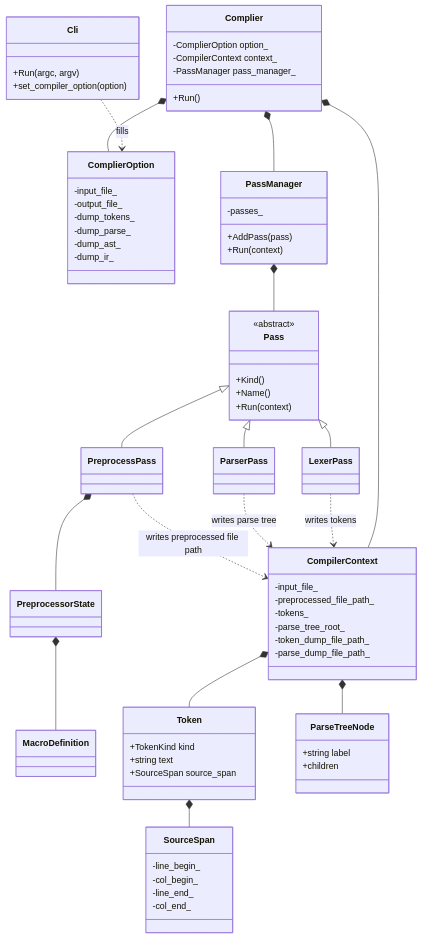
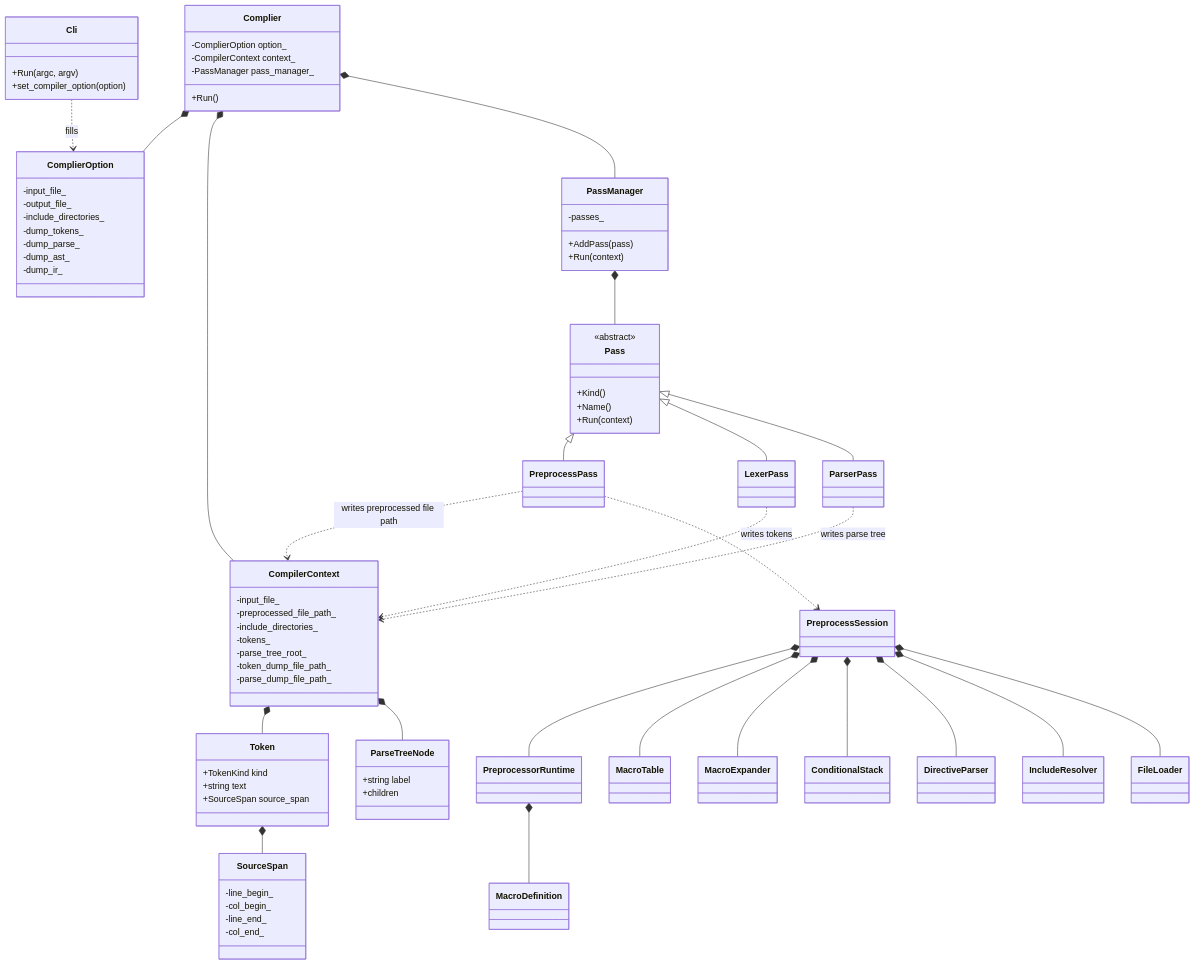
One commit to bbbbbq/SysyCC changed the diagram in doc/modules/class-relationships.md. Above: the diagram before and after it, drawn with Mermaid. The commit also changed other lines of this file and 12 other files, not shown here.

Commit message:
docs: refresh roadmap and developer documentation

```diff
--- a/doc/modules/class-relationships.md
+++ b/doc/modules/class-relationships.md
@@ -24,6 +24,7 @@
     class ComplierOption {
         -input_file_
         -output_file_
+        -include_directories_
         -dump_tokens_
         -dump_parse_
         -dump_ast_
@@ -33,6 +34,7 @@
     class CompilerContext {
         -input_file_
         -preprocessed_file_path_
+        -include_directories_
         -tokens_
         -parse_tree_root_
         -token_dump_file_path_
@@ -61,10 +63,31 @@
     class PreprocessPass {
     }
 
-    class PreprocessorState {
+    class PreprocessSession {
+    }
+
+    class PreprocessorRuntime {
     }
 
     class MacroDefinition {
+    }
+
+    class MacroTable {
+    }
+
+    class MacroExpander {
+    }
+
+    class ConditionalStack {
+    }
+
+    class DirectiveParser {
+    }
+
+    class IncludeResolver {
+    }
+
+    class FileLoader {
     }
 
     class Token {
@@ -96,8 +119,15 @@
     LexerPass ..> CompilerContext : writes tokens
     ParserPass ..> CompilerContext : writes parse tree
     PreprocessPass ..> CompilerContext : writes preprocessed file path
-    PreprocessPass *-- PreprocessorState
-    PreprocessorState *-- MacroDefinition
+    PreprocessPass ..> PreprocessSession
+    PreprocessSession *-- PreprocessorRuntime
+    PreprocessorRuntime *-- MacroDefinition
+    PreprocessSession *-- MacroTable
+    PreprocessSession *-- MacroExpander
+    PreprocessSession *-- ConditionalStack
+    PreprocessSession *-- DirectiveParser
+    PreprocessSession *-- IncludeResolver
+    PreprocessSession *-- FileLoader
     CompilerContext *-- Token
     CompilerContext *-- ParseTreeNode
     Token *-- SourceSpan
```
